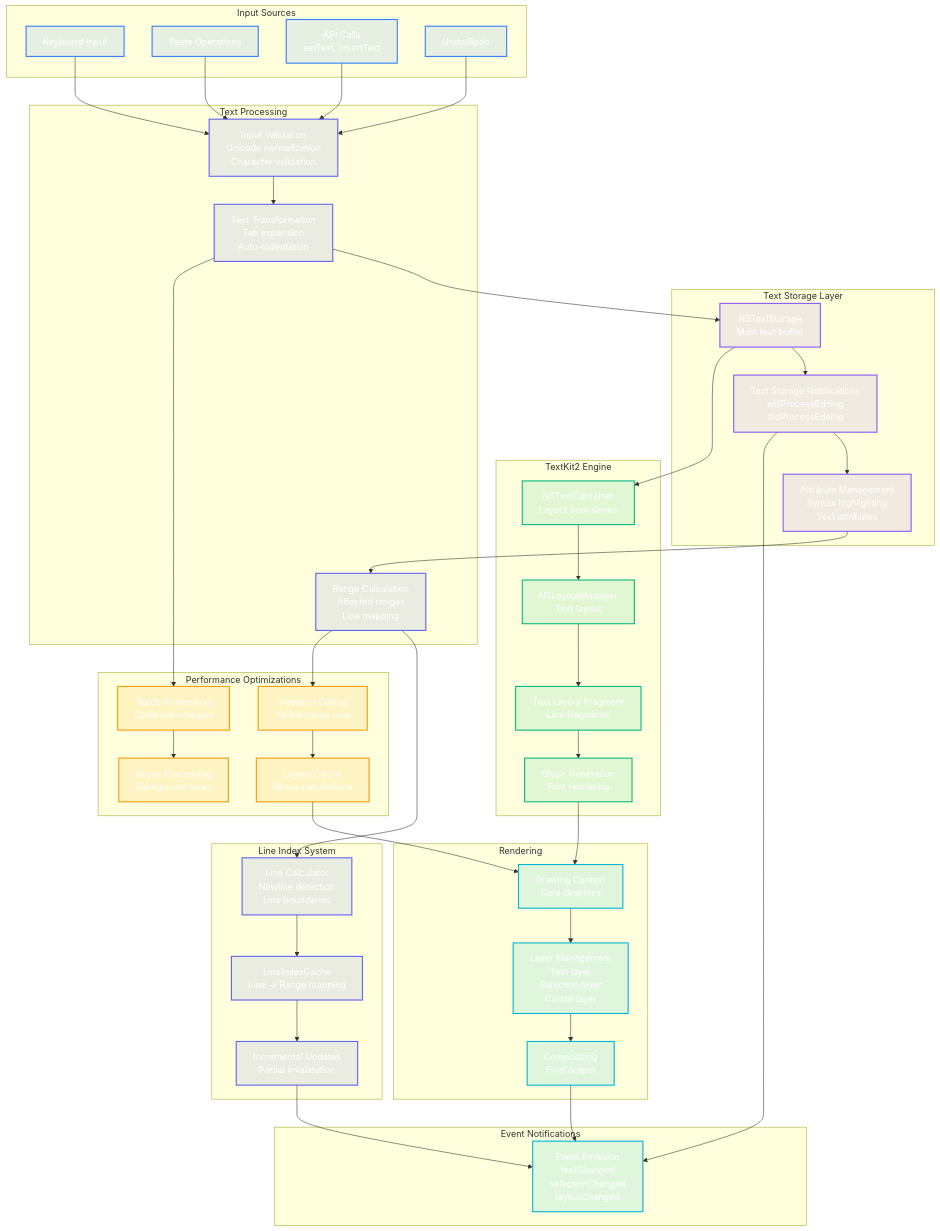
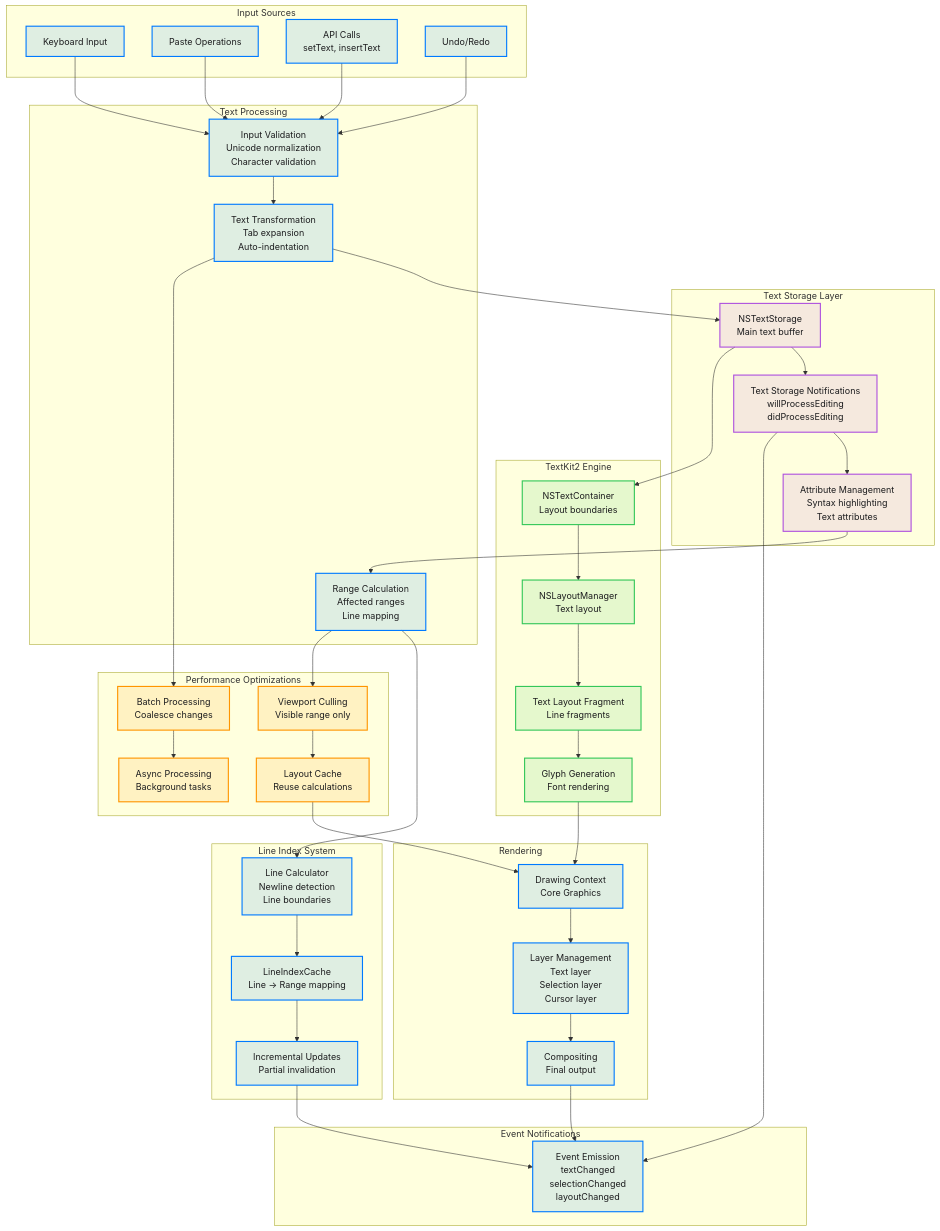
The diagram in Diagrams/09-text-processing-pipeline.md (ajmcclary/CodeEditorKit), drawn with Mermaid before and after one commit. The commit also changed 25 other files, not shown here.

First line of the commit message:
Refactor diagram color schemes for dark mode compatibility and semantic clarity

```diff
--- a/Diagrams/09-text-processing-pipeline.md
+++ b/Diagrams/09-text-processing-pipeline.md
@@ -105,12 +105,12 @@
     COMP --> EVENTS
 
     %% Styling - Dark mode friendly colors
-    classDef input fill:#3b82f620,stroke:#3b82f6,stroke-width:2px,color:#fff
-    classDef storage fill:#8b5cf620,stroke:#8b5cf6,stroke-width:2px,color:#fff
-    classDef textkit fill:#10b98120,stroke:#10b981,stroke-width:2px,color:#fff
-    classDef process fill:#6366f120,stroke:#6366f1,stroke-width:2px,color:#fff
-    classDef perf fill:#f59e0b20,stroke:#f59e0b,stroke-width:2px,color:#fff
-    classDef render fill:#06b6d420,stroke:#06b6d4,stroke-width:2px,color:#fff
+    classDef input fill:#007AFF20,stroke:#007AFF,stroke-width:2px,color:#1D1D1F
+    classDef storage fill:#AF52DE20,stroke:#AF52DE,stroke-width:2px,color:#1D1D1F
+    classDef textkit fill:#34C75920,stroke:#34C759,stroke-width:2px,color:#1D1D1F
+    classDef process fill:#007AFF20,stroke:#007AFF,stroke-width:2px,color:#1D1D1F
+    classDef perf fill:#FF950020,stroke:#FF9500,stroke-width:2px,color:#1D1D1F
+    classDef render fill:#007AFF20,stroke:#007AFF,stroke-width:2px,color:#1D1D1F
     
     class KEYBOARD input
     class PASTE input
```
